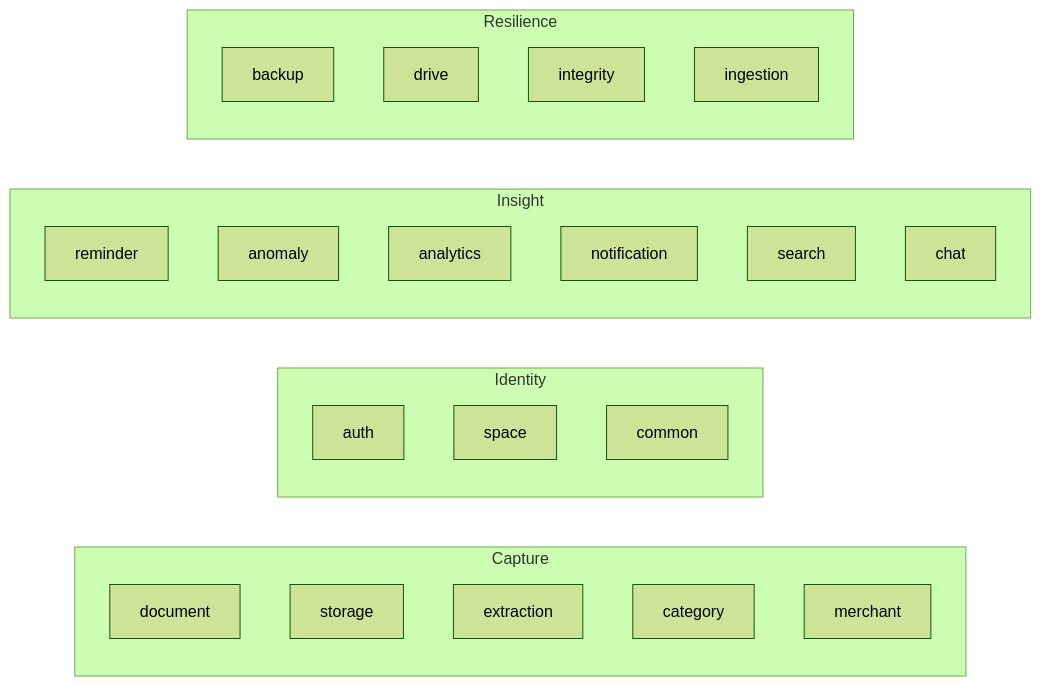
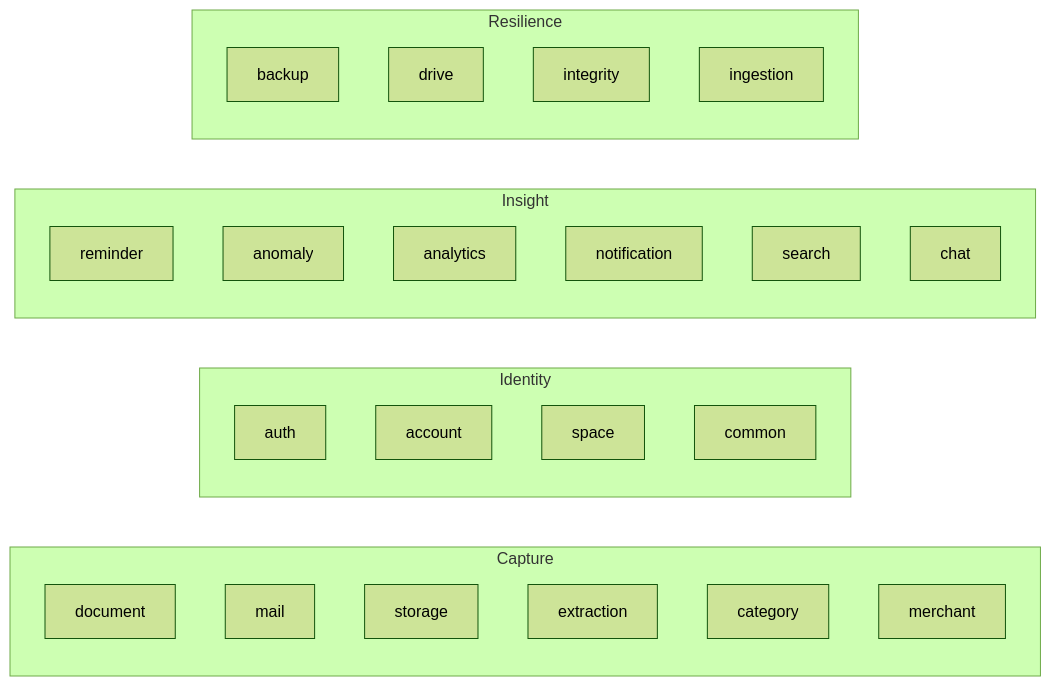
Before and after one commit to Aditya0257/trove: the second of 5 diagrams in docs/architecture/01-hld.md, drawn with Mermaid (forest theme). The commit also changed other lines of this file and 16 other files, not shown here.

````diff
--- a/docs/architecture/01-hld.md
+++ b/docs/architecture/01-hld.md
@@ -120,15 +120,15 @@
 ```mermaid
 flowchart LR
     subgraph Capture
-      document; storage; extraction; category; merchant
+      document; mail; storage; extraction; category; merchant
     end
     subgraph Identity
-      auth; space; common
+      auth; account; space; common
     end
     subgraph Insight
       reminder; anomaly; analytics; notification; search; chat
     end
     subgraph Resilience
       backup; drive; integrity; ingestion
     end
 ```
````
